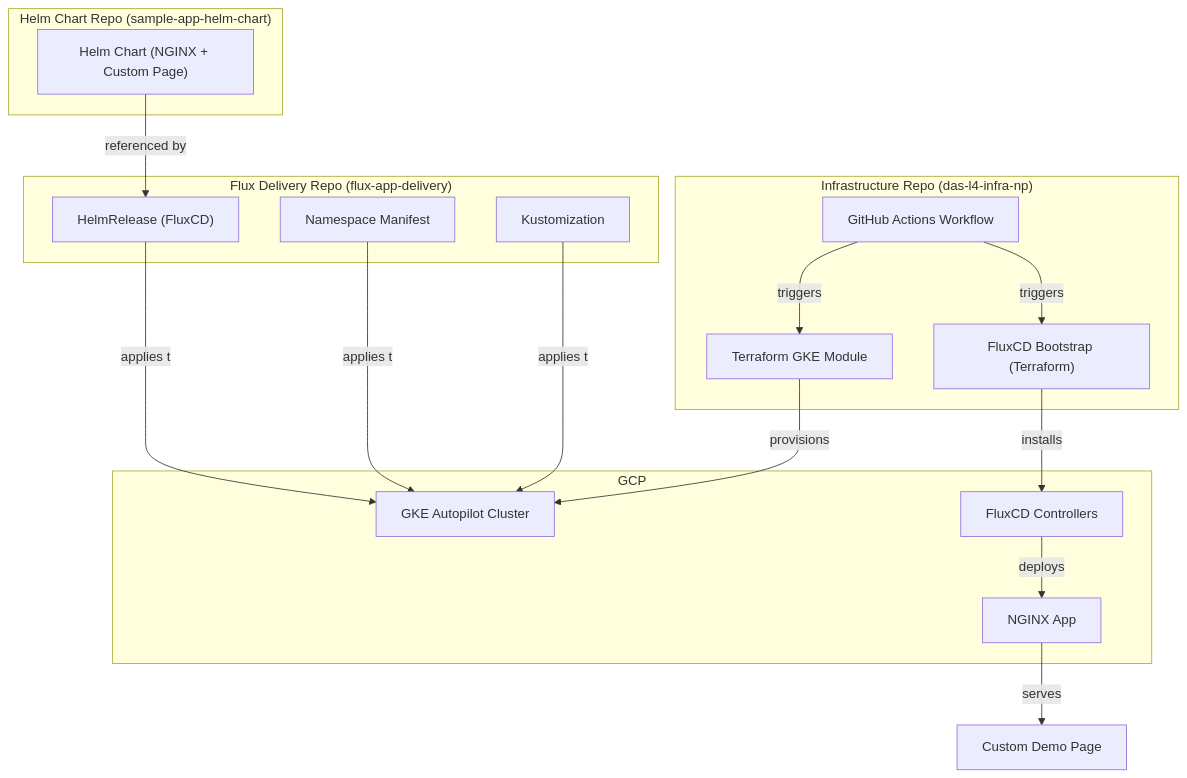
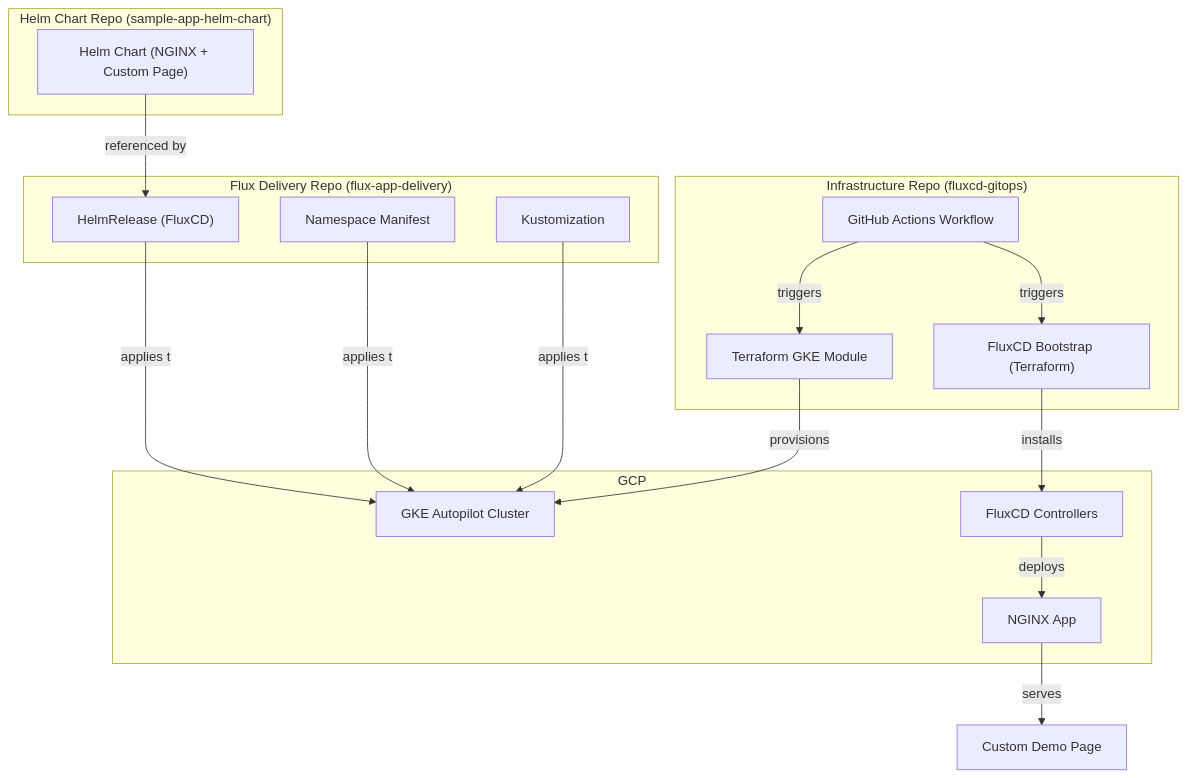
The first of 2 diagrams in environments/non-prod/dev/README.md (paraskanwarit/fluxcd-gitops), drawn with Mermaid before and after one commit. The commit also changed other lines of this file and 28 other files, not shown here.

First line of the commit message:
📚 Complete GitOps documentation and workflow diagrams

````diff
--- a/environments/non-prod/dev/README.md
+++ b/environments/non-prod/dev/README.md
@@ -35,32 +35,32 @@
 ```mermaid
 flowchart TD
-    subgraph "Infrastructure Repo (das-l4-infra-np)"
+    subgraph "Infrastructure Repo (fluxcd-gitops)"
       A1["Terraform GKE Module"]
       A2["FluxCD Bootstrap (Terraform)"]
       A3["GitHub Actions Workflow"]
     end
     subgraph "Helm Chart Repo (sample-app-helm-chart)"
       B1["Helm Chart (NGINX + Custom Page)"]
     end
     subgraph "Flux Delivery Repo (flux-app-delivery)"
       C1["HelmRelease (FluxCD)"]
       C2["Namespace Manifest"]
       C3["Kustomization"]
     end
     subgraph "GCP"
       D1["GKE Autopilot Cluster"]
       D2["FluxCD Controllers"]
       D3["NGINX App"]
     end
 
     A1--provisions-->D1
     A2--installs-->D2
     B1--referenced by-->C1
     C1--applies to-->D1
     C2--applies to-->D1
     C3--applies to-->D1
     D2--deploys-->D3
     D3--serves-->E1["Custom Demo Page"]
     A3--triggers-->A1
     A3--triggers-->A2
 ```
````
